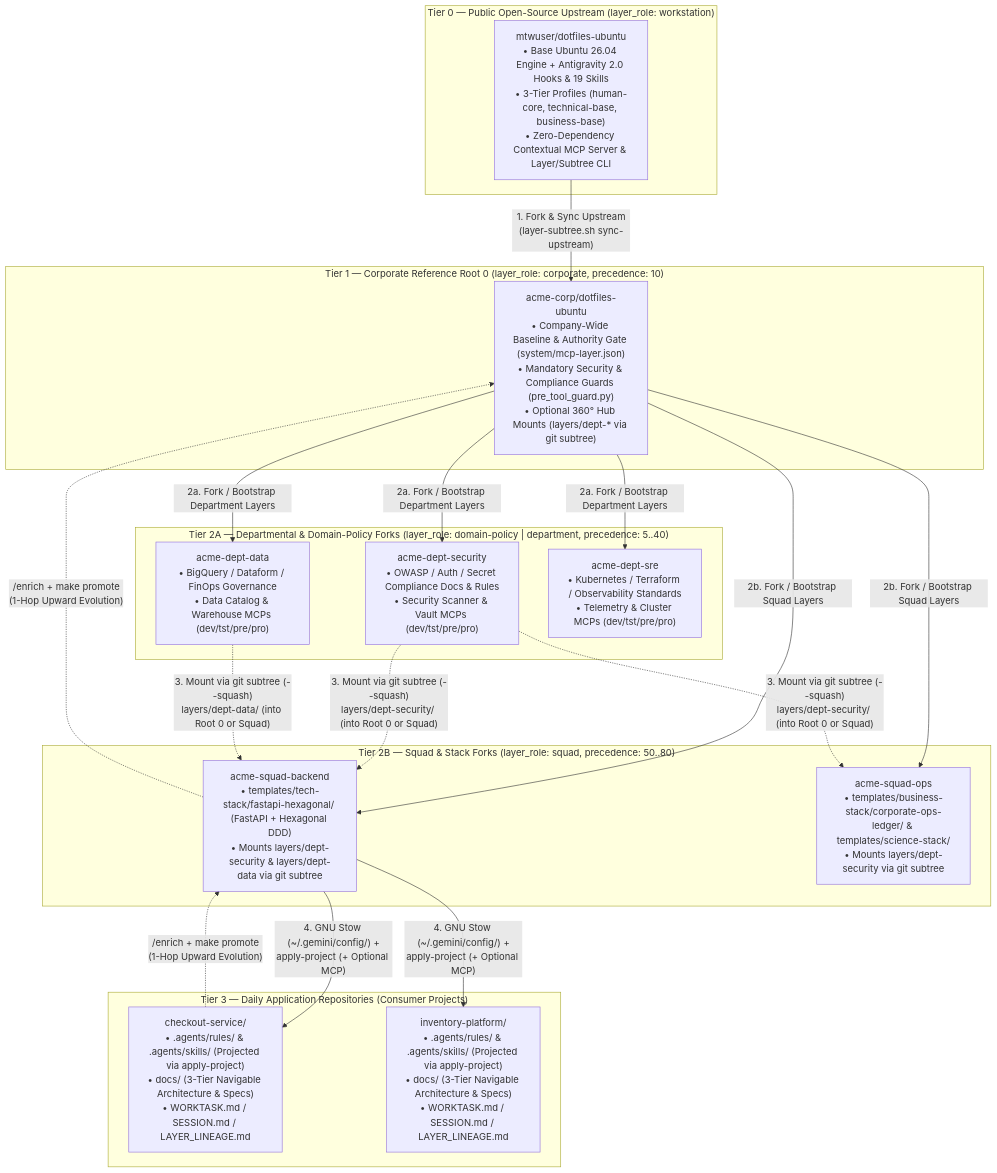
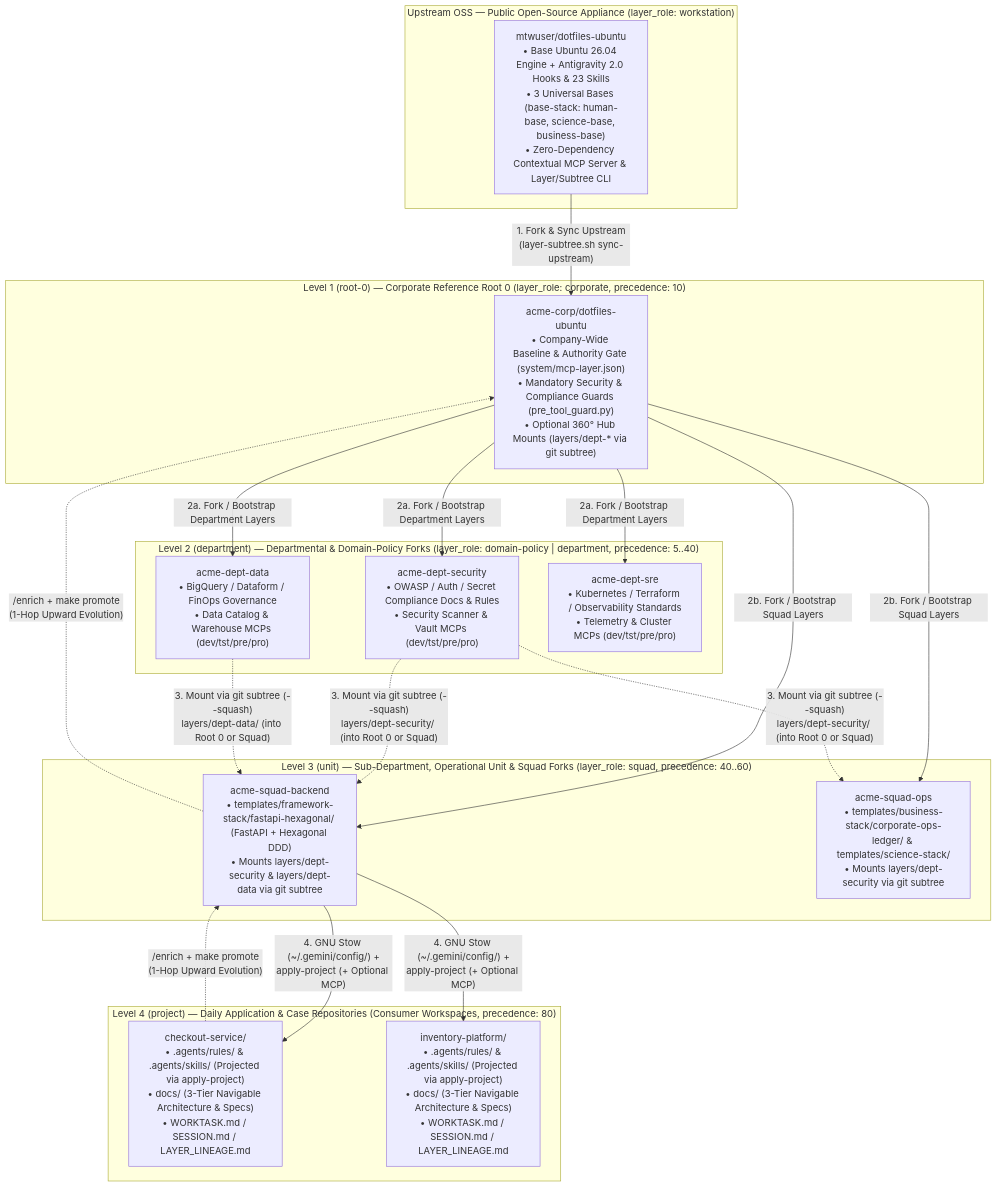
The diagram in docs/reference/enterprise_pair_programming_governance.md (mtwuser/dotfiles-ubuntu), drawn with Mermaid before and after one commit. The commit also changed other lines of this file and 148 other files, not shown here.

````diff
--- a/docs/reference/enterprise_pair_programming_governance.md
+++ b/docs/reference/enterprise_pair_programming_governance.md
@@ -27,43 +27,43 @@
 ```mermaid
 flowchart TD
-    subgraph OSS["Tier 0 — Public Open-Source Upstream (layer_role: workstation)"]
-        PUB["mtwuser/dotfiles-ubuntu\n• Base Ubuntu 26.04 Engine + Antigravity 2.0 Hooks & 19 Skills\n• 3-Tier Profiles (human-core, technical-base, business-base)\n• Zero-Dependency Contextual MCP Server & Layer/Subtree CLI"]
+    subgraph OSS["Upstream OSS — Public Open-Source Appliance (layer_role: workstation)"]
+        PUB["mtwuser/dotfiles-ubuntu\n• Base Ubuntu 26.04 Engine + Antigravity 2.0 Hooks & 23 Skills\n• 3 Universal Bases (base-stack: human-base, science-base, business-base)\n• Zero-Dependency Contextual MCP Server & Layer/Subtree CLI"]
     end
 
-    subgraph Org["Tier 1 — Corporate Reference Root 0 (layer_role: corporate, precedence: 10)"]
+    subgraph Org["Level 1 (root-0) — Corporate Reference Root 0 (layer_role: corporate, precedence: 10)"]
         CORP["acme-corp/dotfiles-ubuntu\n• Company-Wide Baseline & Authority Gate (system/mcp-layer.json)\n• Mandatory Security & Compliance Guards (pre_tool_guard.py)\n• Optional 360° Hub Mounts (layers/dept-* via git subtree)"]
     end
 
-    subgraph Depts["Tier 2A — Departmental & Domain-Policy Forks (layer_role: domain-policy | department, precedence: 5..40)"]
+    subgraph Depts["Level 2 (department) — Departmental & Domain-Policy Forks (layer_role: domain-policy | department, precedence: 5..40)"]
         DEPT_SEC["acme-dept-security\n• OWASP / Auth / Secret Compliance Docs & Rules\n• Security Scanner & Vault MCPs (dev/tst/pre/pro)"]
         DEPT_DATA["acme-dept-data\n• BigQuery / Dataform / FinOps Governance\n• Data Catalog & Warehouse MCPs (dev/tst/pre/pro)"]
         DEPT_SRE["acme-dept-sre\n• Kubernetes / Terraform / Observability Standards\n• Telemetry & Cluster MCPs (dev/tst/pre/pro)"]
     end
 
-    subgraph Squads["Tier 2B — Squad & Stack Forks (layer_role: squad, precedence: 50..80)"]
-        SQUAD_BE["acme-squad-backend\n• templates/tech-stack/fastapi-hexagonal/ (FastAPI + Hexagonal DDD)\n• Mounts layers/dept-security & layers/dept-data via git subtree"]
+    subgraph Squads["Level 3 (unit) — Sub-Department, Operational Unit & Squad Forks (layer_role: squad, precedence: 40..60)"]
+        SQUAD_BE["acme-squad-backend\n• templates/framework-stack/fastapi-hexagonal/ (FastAPI + Hexagonal DDD)\n• Mounts layers/dept-security & layers/dept-data via git subtree"]
         SQUAD_FE["acme-squad-ops\n• templates/business-stack/corporate-ops-ledger/ & templates/science-stack/\n• Mounts layers/dept-security via git subtree"]
     end
 
-    subgraph Apps["Tier 3 — Daily Application Repositories (Consumer Projects)"]
+    subgraph Apps["Level 4 (project) — Daily Application & Case Repositories (Consumer Workspaces, precedence: 80)"]
         PROJ_A["checkout-service/\n• .agents/rules/ & .agents/skills/ (Projected via apply-project)\n• docs/ (3-Tier Navigable Architecture & Specs)\n• WORKTASK.md / SESSION.md / LAYER_LINEAGE.md"]
         PROJ_B["inventory-platform/\n• .agents/rules/ & .agents/skills/ (Projected via apply-project)\n• docs/ (3-Tier Navigable Architecture & Specs)\n• WORKTASK.md / SESSION.md / LAYER_LINEAGE.md"]
     end
 
     PUB -->|"1. Fork & Sync Upstream\n(layer-subtree.sh sync-upstream)"| CORP
     CORP -->|"2a. Fork / Bootstrap Department Layers"| DEPT_SEC
     CORP -->|"2a. Fork / Bootstrap Department Layers"| DEPT_DATA
     CORP -->|"2a. Fork / Bootstrap Department Layers"| DEPT_SRE
     CORP -->|"2b. Fork / Bootstrap Squad Layers"| SQUAD_BE
     CORP -->|"2b. Fork / Bootstrap Squad Layers"| SQUAD_FE
 
     DEPT_SEC -.->|"3. Mount via git subtree (--squash)\nlayers/dept-security/ (into Root 0 or Squad)"| SQUAD_BE
     DEPT_DATA -.->|"3. Mount via git subtree (--squash)\nlayers/dept-data/ (into Root 0 or Squad)"| SQUAD_BE
     DEPT_SEC -.->|"3. Mount via git subtree (--squash)\nlayers/dept-security/ (into Root 0 or Squad)"| SQUAD_FE
 
     SQUAD_BE -->|"4. GNU Stow (~/.gemini/config/) +\napply-project (+ Optional MCP)"| PROJ_A
     SQUAD_BE -->|"4. GNU Stow (~/.gemini/config/) +\napply-project (+ Optional MCP)"| PROJ_B
 
     PROJ_A -.->|"/enrich + make promote\n(1-Hop Upward Evolution)"| SQUAD_BE
     SQUAD_BE -.->|"/enrich + make promote\n(1-Hop Upward Evolution)"| CORP
 ```
````
